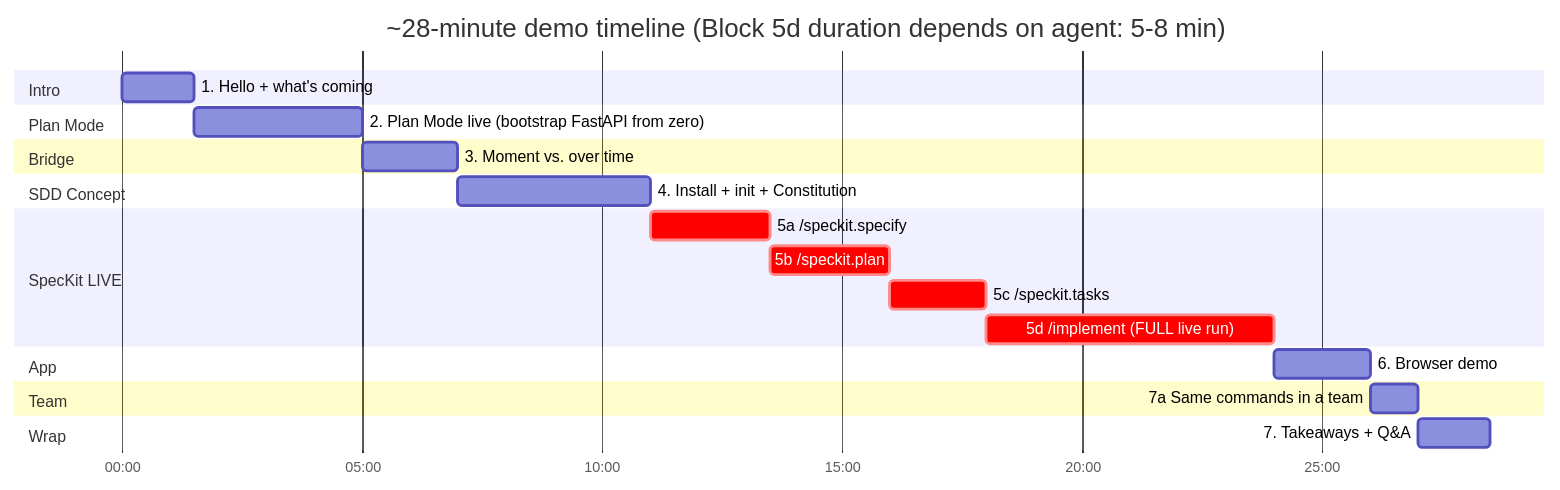
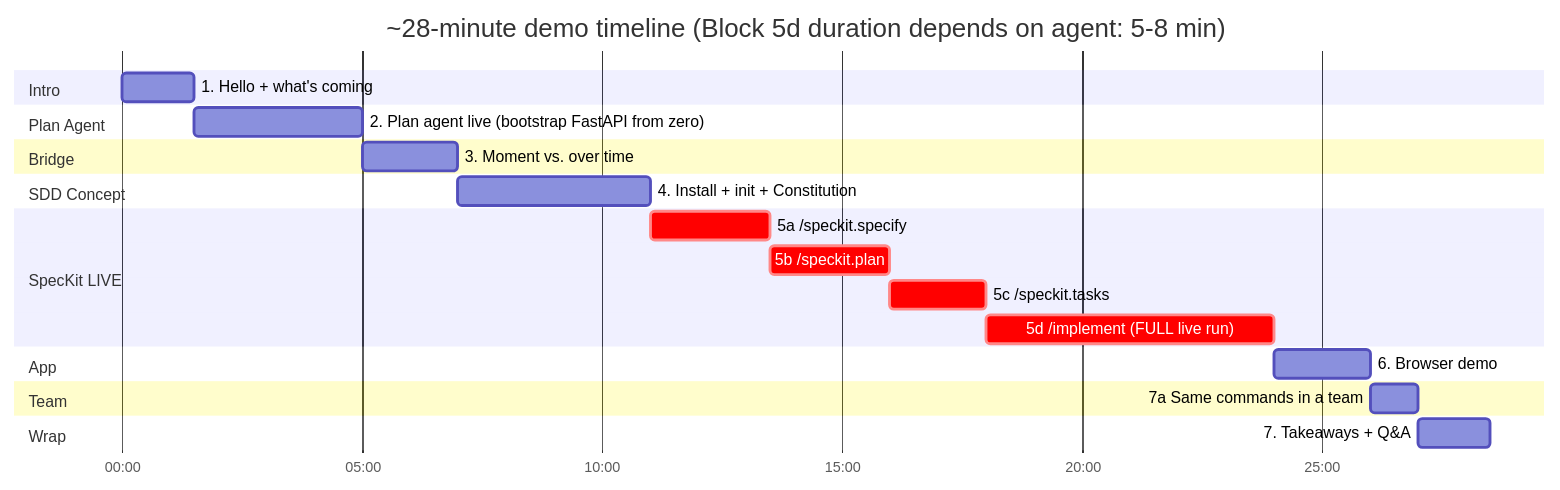
The first of 3 diagrams in 01-demo-script.md (jeffrey-groneberg/sdd_demo), drawn with Mermaid before and after one commit. The commit also changed other lines of this file and 5 other files, not shown here.

````diff
--- a/01-demo-script.md
+++ b/01-demo-script.md
@@ -7,33 +7,33 @@
 ```mermaid
 gantt
     title ~28-minute demo timeline (Block 5d duration depends on agent: 5-8 min)
     dateFormat mm:ss
     axisFormat %M:%S
 
     section Intro
     1. Hello + what's coming           :b1, 00:00, 90s
 
-    section Plan Mode
-    2. Plan Mode live (bootstrap FastAPI from zero) :b2, after b1, 210s
+    section Plan Agent
+    2. Plan agent live (bootstrap FastAPI from zero) :b2, after b1, 210s
 
     section Bridge
     3. Moment vs. over time            :b3, after b2, 120s
 
     section SDD Concept
     4. Install + init + Constitution    :b4, after b3, 240s
 
     section SpecKit LIVE
     5a /speckit.specify                :crit, b5a, after b4, 150s
     5b /speckit.plan                   :crit, b5b, after b5a, 150s
     5c /speckit.tasks                  :crit, b5c, after b5b, 120s
     5d /implement (FULL live run)      :crit, b5d, after b5c, 360s
 
     section App
     6. Browser demo                    :b6, after b5d, 120s
 
     section Team
     7a Same commands in a team        :b7a, after b6, 60s
 
     section Wrap
     7. Takeaways + Q&A                 :b7, after b7a, 90s
 ```
````
